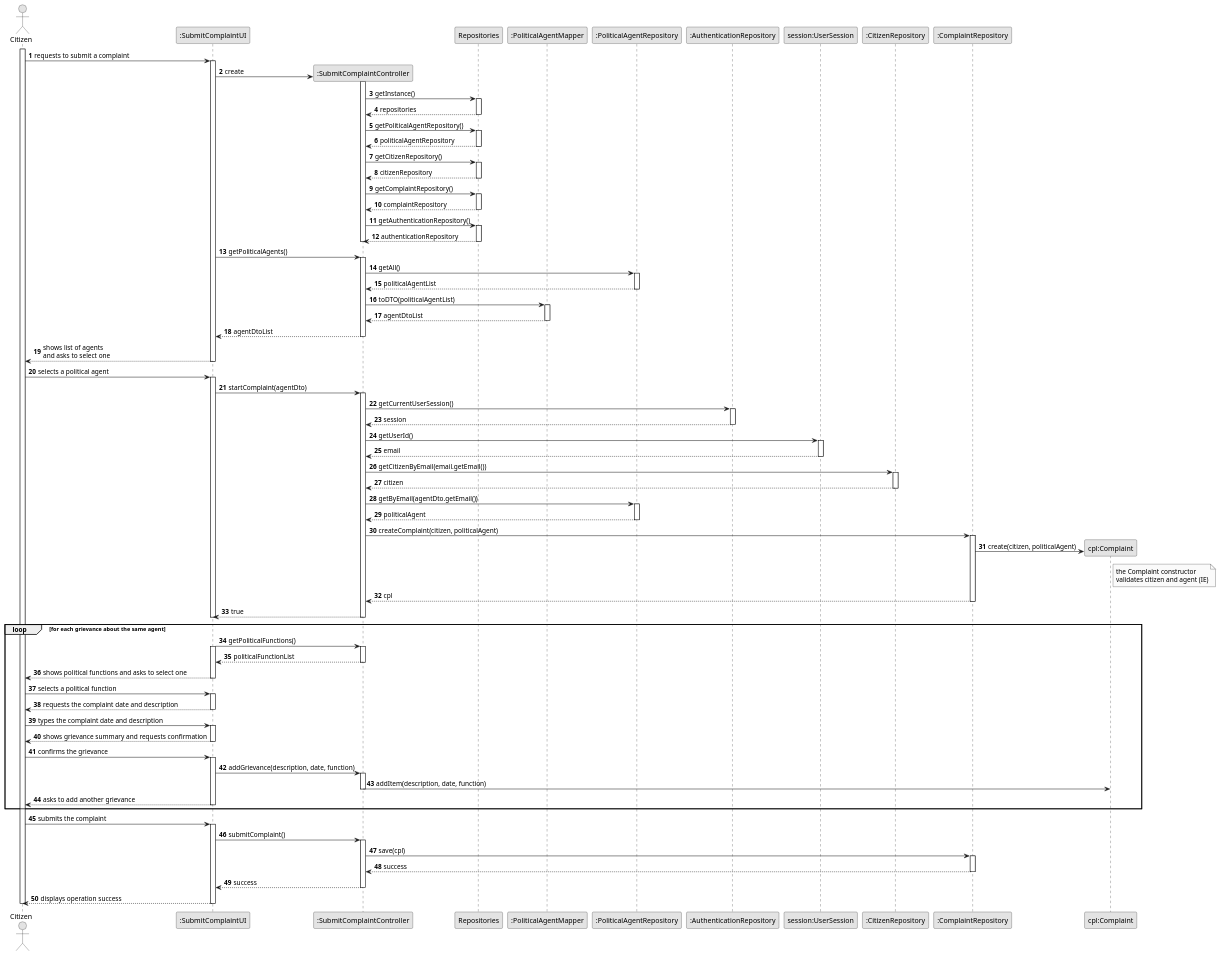
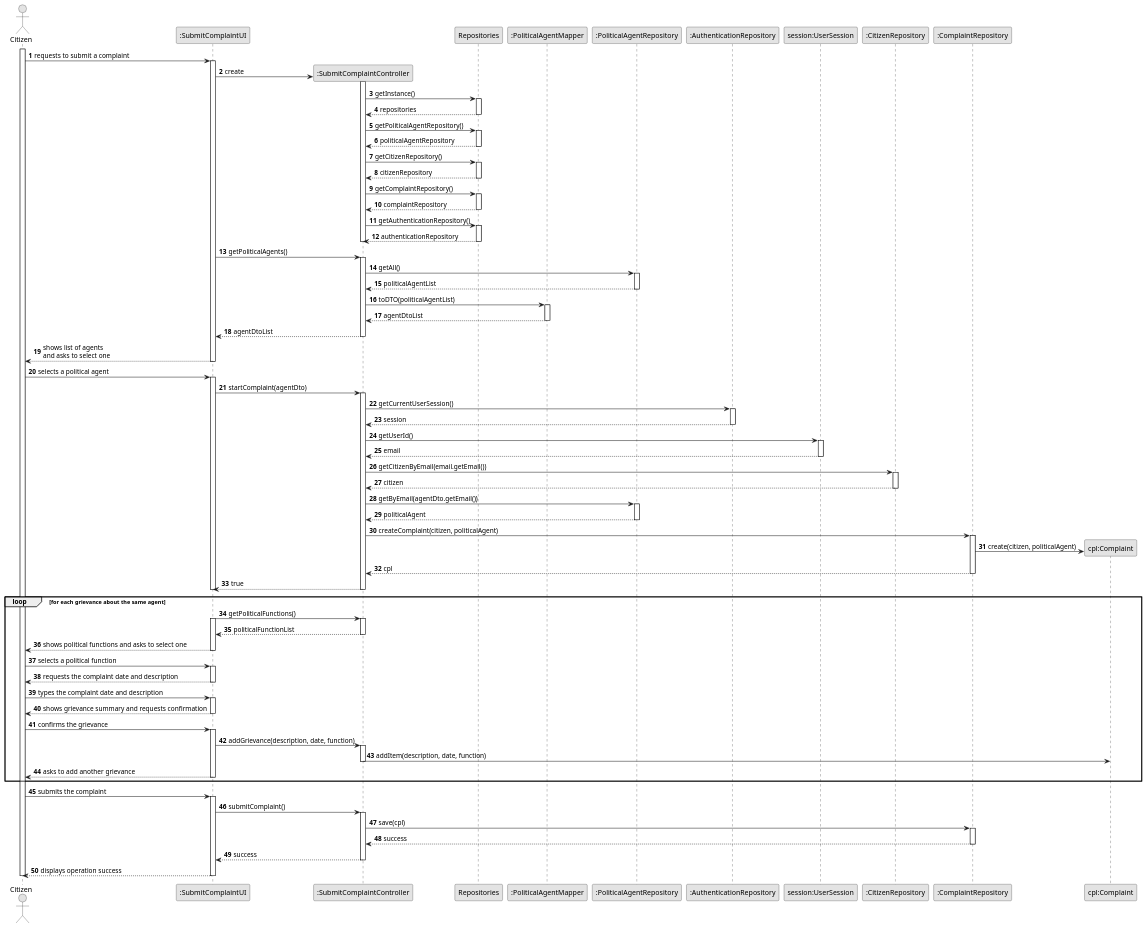
Before and after one commit to brunodspinto/crystal-clear-platform: the diagram in docs/system-documentation/US12/03.design/puml/US12-SD.puml, drawn with PlantUML. The commit also changed 2 other files, not shown here.

```diff
--- a/docs/system-documentation/US12/03.design/puml/US12-SD.puml
+++ b/docs/system-documentation/US12/03.design/puml/US12-SD.puml
@@ -1,143 +1,139 @@
 @startuml US12-SD
 skinparam monochrome true
 skinparam packageStyle rectangle
 skinparam shadowing false
 
 autonumber
 
 actor "Citizen" as C
 participant ":SubmitComplaintUI" as UI
 participant ":SubmitComplaintController" as CTRL
 participant "Repositories" as REPOS
 participant ":PoliticalAgentMapper" as PAM
 participant ":PoliticalAgentRepository" as PAR
 participant ":AuthenticationRepository" as AR
 participant "session:UserSession" as SESS
 participant ":CitizenRepository" as CitR
 participant ":ComplaintRepository" as CR
 participant "cpl:Complaint" as CPL
 
 activate C
 
     C -> UI : requests to submit a complaint
     activate UI
 
         UI -> CTRL** : create
         activate CTRL
             CTRL -> REPOS : getInstance()
             activate REPOS
                 REPOS --> CTRL : repositories
             deactivate REPOS
             CTRL -> REPOS : getPoliticalAgentRepository()
             activate REPOS
                 REPOS --> CTRL : politicalAgentRepository
             deactivate REPOS
             CTRL -> REPOS : getCitizenRepository()
             activate REPOS
                 REPOS --> CTRL : citizenRepository
             deactivate REPOS
             CTRL -> REPOS : getComplaintRepository()
             activate REPOS
                 REPOS --> CTRL : complaintRepository
             deactivate REPOS
             CTRL -> REPOS : getAuthenticationRepository()
             activate REPOS
                 REPOS --> CTRL : authenticationRepository
             deactivate REPOS
         deactivate CTRL
 
         UI -> CTRL : getPoliticalAgents()
         activate CTRL
             CTRL -> PAR : getAll()
             activate PAR
                 PAR --> CTRL : politicalAgentList
             deactivate PAR
             CTRL -> PAM : toDTO(politicalAgentList)
             activate PAM
                 PAM --> CTRL : agentDtoList
             deactivate PAM
             CTRL --> UI : agentDtoList
         deactivate CTRL
 
         UI --> C : shows list of agents \nand asks to select one
     deactivate UI
 
     C -> UI : selects a political agent
     activate UI
 
         UI -> CTRL : startComplaint(agentDto)
         activate CTRL
             CTRL -> AR : getCurrentUserSession()
             activate AR
                 AR --> CTRL : session
             deactivate AR
             CTRL -> SESS : getUserId()
             activate SESS
                 SESS --> CTRL : email
             deactivate SESS
             CTRL -> CitR : getCitizenByEmail(email.getEmail())
             activate CitR
                 CitR --> CTRL : citizen
             deactivate CitR
             CTRL -> PAR : getByEmail(agentDto.getEmail())
             activate PAR
                 PAR --> CTRL : politicalAgent
             deactivate PAR
             CTRL -> CR : createComplaint(citizen, politicalAgent)
             activate CR
                 CR -> CPL** : create(citizen, politicalAgent)
-                note right of CPL
-                    the Complaint constructor
-                    validates citizen and agent (IE)
-                end note
                 CR --> CTRL : cpl
             deactivate CR
             CTRL --> UI : true
         deactivate CTRL
     deactivate UI
 
     loop for each grievance about the same agent
         UI -> CTRL : getPoliticalFunctions()
         activate UI
         activate CTRL
             CTRL --> UI : politicalFunctionList
         deactivate CTRL
         UI --> C : shows political functions and asks to select one
         deactivate UI
 
         C -> UI : selects a political function
         activate UI
             UI --> C : requests the complaint date and description
         deactivate UI
 
         C -> UI : types the complaint date and description
         activate UI
             UI --> C : shows grievance summary and requests confirmation
         deactivate UI
 
         C -> UI : confirms the grievance
         activate UI
             UI -> CTRL : addGrievance(description, date, function)
             activate CTRL
                 CTRL -> CPL : addItem(description, date, function)
             deactivate CTRL
             UI --> C : asks to add another grievance
         deactivate UI
     end
 
     C -> UI : submits the complaint
     activate UI
         UI -> CTRL : submitComplaint()
         activate CTRL
             CTRL -> CR : save(cpl)
             activate CR
                 CR --> CTRL : success
             deactivate CR
             CTRL --> UI : success
         deactivate CTRL
         UI --> C : displays operation success
     deactivate UI
 
 deactivate C
 
 @enduml
```
